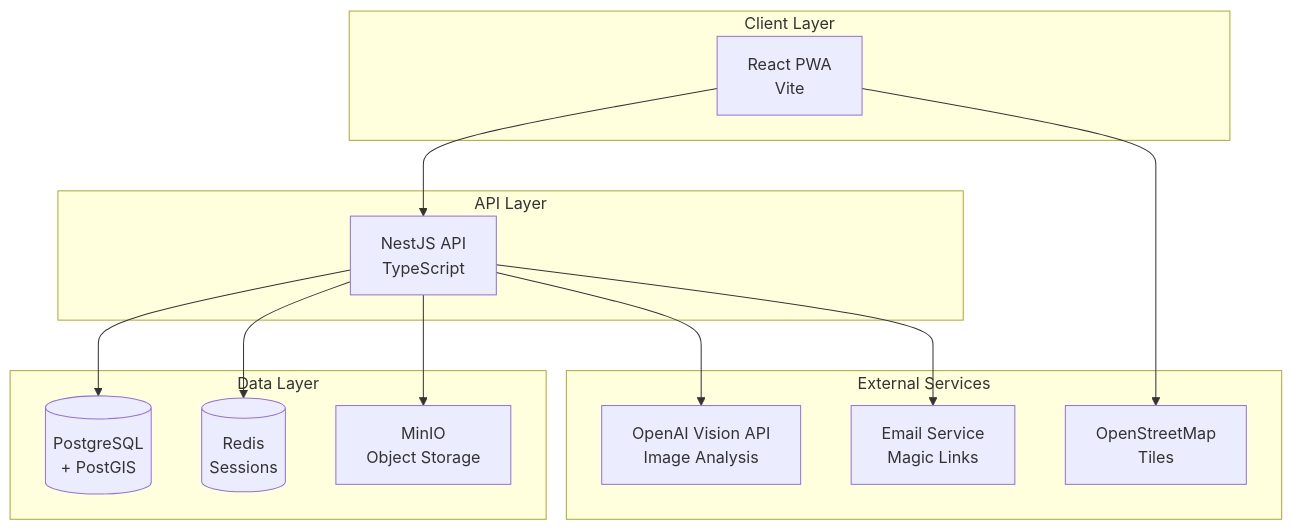
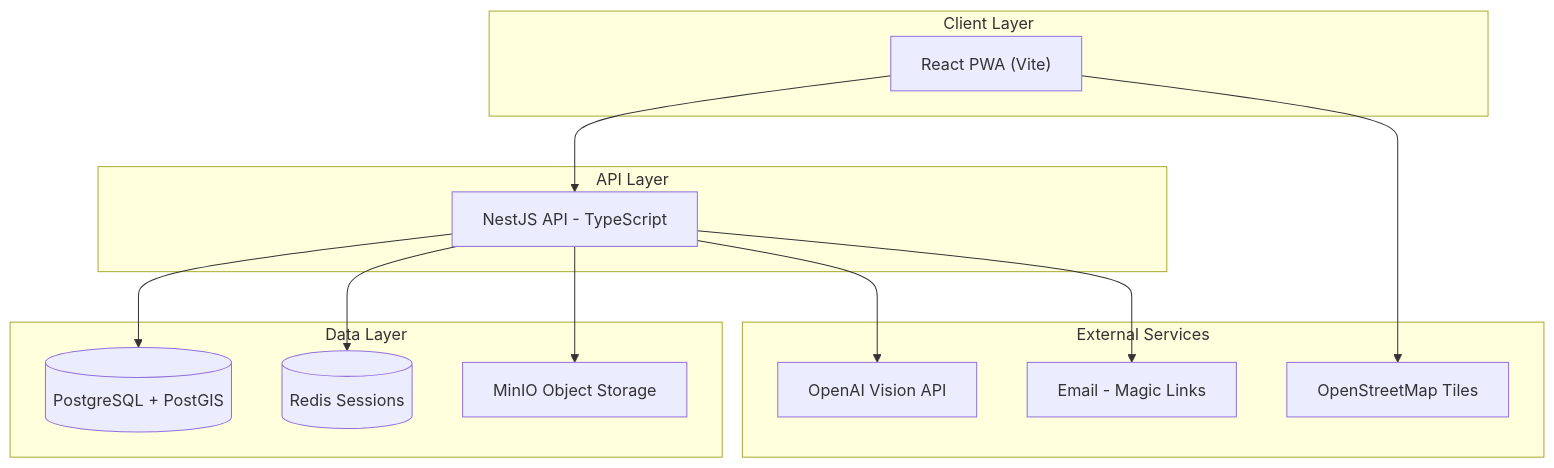
One commit to cleancentive/cleancentive changed the diagram in openspec/changes/user-identity-management/design.md. Above: the diagram before and after it, drawn with Mermaid. The commit also changed 37 other files, not shown here.

````diff
--- a/openspec/changes/user-identity-management/design.md
+++ b/openspec/changes/user-identity-management/design.md
@@ -91,30 +91,26 @@
 ```mermaid
-flowchart TB
-    subgraph "Client Layer"
-        PWA["React PWA\nVite"]
+graph TD
+    subgraph Client["Client Layer"]
+        PWA["React PWA (Vite)"]
     end
-
-    subgraph "API Layer"
-        API["NestJS API\nTypeScript"]
+    subgraph APILayer["API Layer"]
+        API["NestJS API - TypeScript"]
     end
-
-    subgraph "Data Layer"
-        DB[("PostgreSQL\n+ PostGIS")]
-        Redis[("Redis\nSessions")]
-        MinIO["MinIO\nObject Storage"]
+    subgraph Data["Data Layer"]
+        DB[("PostgreSQL + PostGIS")]
+        Redis[("Redis Sessions")]
+        MinIO["MinIO Object Storage"]
     end
-
-    subgraph "External Services"
-        OpenAI["OpenAI Vision API\nImage Analysis"]
-        OSM["OpenStreetMap\nTiles"]
-        Email["Email Service\nMagic Links"]
+    subgraph External["External Services"]
+        OpenAI["OpenAI Vision API"]
+        OSM["OpenStreetMap Tiles"]
+        Email["Email - Magic Links"]
     end
-
     PWA --> API
     API --> DB
     API --> Redis
     API --> MinIO
     API --> OpenAI
     PWA --> OSM
     API --> Email
 ```
````
